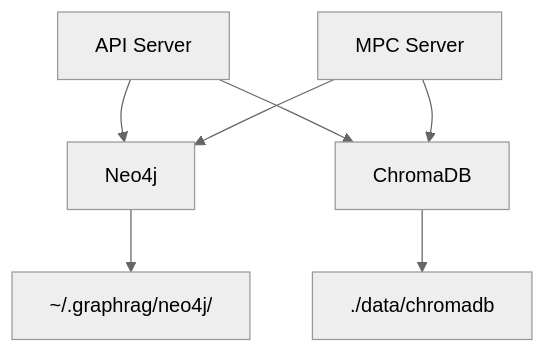
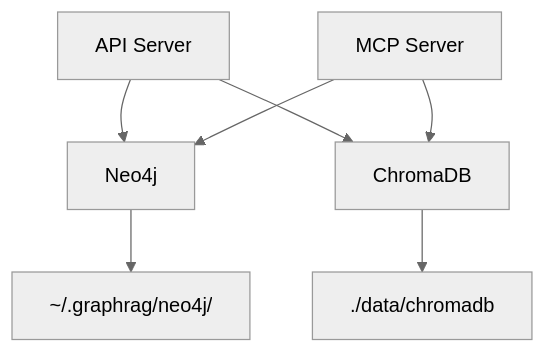
Diagram 12 of 13 in specs/design/design.md (agileandy/graphRAG), drawn with Mermaid (neutral theme) before and after one commit. The commit also changed other lines of this file and 18 other files, not shown here.

````diff
--- a/specs/design/design.md
+++ b/specs/design/design.md
@@ -639,9 +642,9 @@
 ```mermaid
 graph TD
     API[API Server] --> Neo4j[Neo4j]
     API --> ChromaDB[ChromaDB]
-    MPC[MPC Server] --> Neo4j
-    MPC --> ChromaDB
+    MCP[MCP Server] --> Neo4j
+    MCP --> ChromaDB
     Neo4j --> Neo4jData[~/.graphrag/neo4j/]
     ChromaDB --> ChromaDBData[./data/chromadb]
 ```
````
